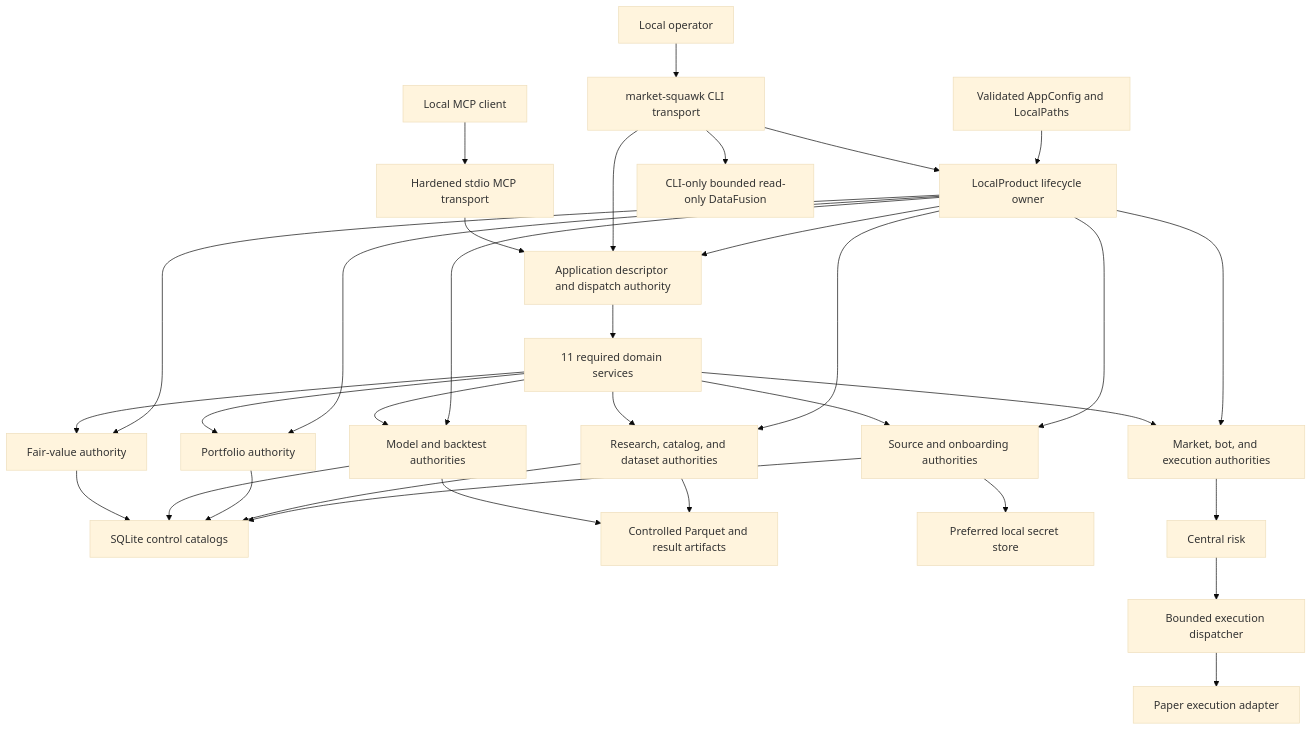
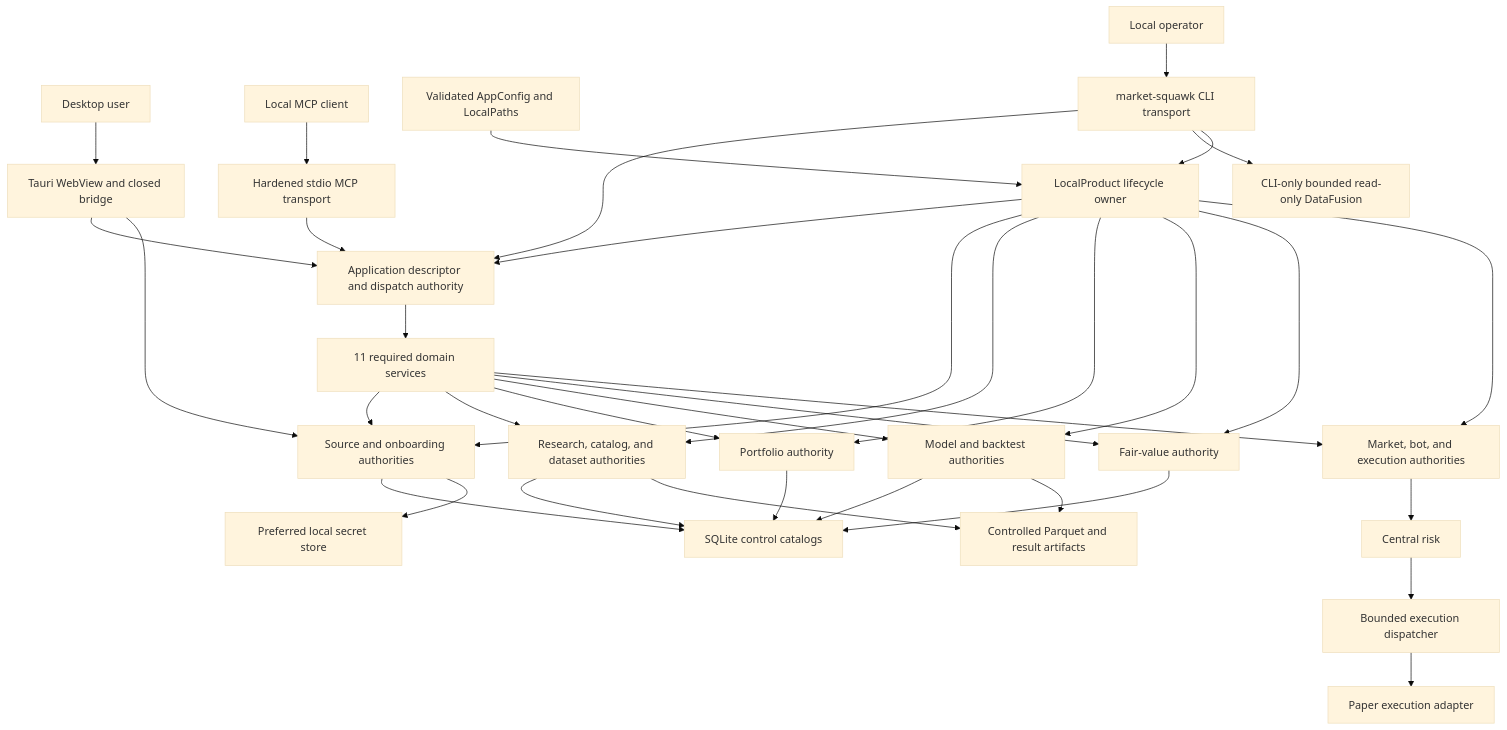
The first of 3 diagrams in docs/architecture/control-plane.md (Sawmonabo/market-squawk), drawn with Mermaid (base theme) before and after one commit. The commit also changed other lines of this file and 16 other files, not shown here.

````diff
--- a/docs/architecture/control-plane.md
+++ b/docs/architecture/control-plane.md
@@ -56,57 +58,62 @@
 ```mermaid
 flowchart TD
     Operator["Local operator"]
+    DesktopUser["Desktop user"]
     Client["Local MCP client"]
     Config["Validated AppConfig and LocalPaths"]
     Product["LocalProduct lifecycle owner"]
     CLI["market-squawk CLI transport"]
+    Desktop["Tauri WebView and closed bridge"]
     MCP["Hardened stdio MCP transport"]
     App["Application descriptor and dispatch authority"]
     Domains["11 required domain services"]
     Source["Source and onboarding authorities"]
     Research["Research, catalog, and dataset authorities"]
     Portfolio["Portfolio authority"]
     Model["Model and backtest authorities"]
     FairValue["Fair-value authority"]
     Paper["Market, bot, and execution authorities"]
     SQLite["SQLite control catalogs"]
     Artifacts["Controlled Parquet and result artifacts"]
     Secrets["Preferred local secret store"]
     Risk["Central risk"]
     Dispatch["Bounded execution dispatcher"]
     Adapter["Paper execution adapter"]
     SQL["CLI-only bounded read-only DataFusion"]
 
     Config --> Product
     Product --> App
     Product --> Source
     Product --> Research
     Product --> Portfolio
     Product --> Model
     Product --> FairValue
     Product --> Paper
     Operator --> CLI
+    DesktopUser --> Desktop
     Client --> MCP
+    Desktop --> App
+    Desktop --> Source
     CLI --> App
     MCP --> App
     CLI --> SQL
     CLI --> Product
     App --> Domains
     Domains --> Source
     Domains --> Research
     Domains --> Portfolio
     Domains --> Model
     Domains --> FairValue
     Domains --> Paper
     Source --> SQLite
     Source --> Secrets
     Research --> SQLite
     Research --> Artifacts
     Portfolio --> SQLite
     Model --> SQLite
     Model --> Artifacts
     FairValue --> SQLite
     Paper --> Risk
     Risk --> Dispatch
     Dispatch --> Adapter
 ```
````
